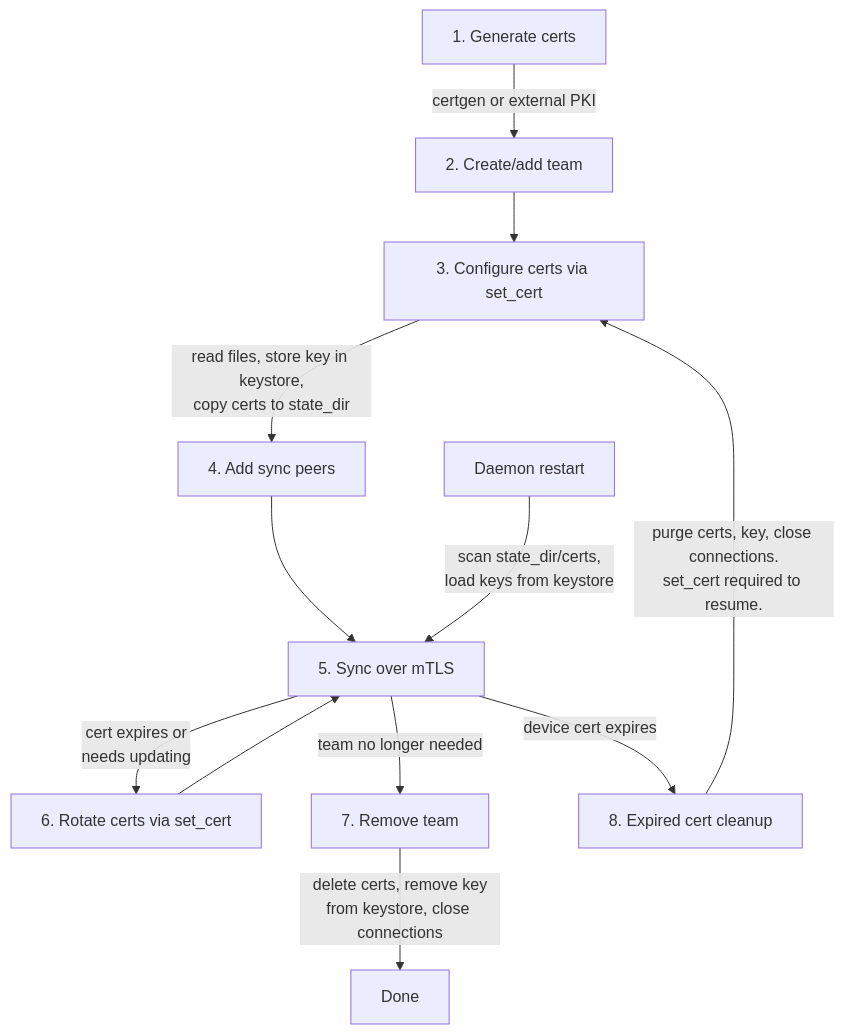
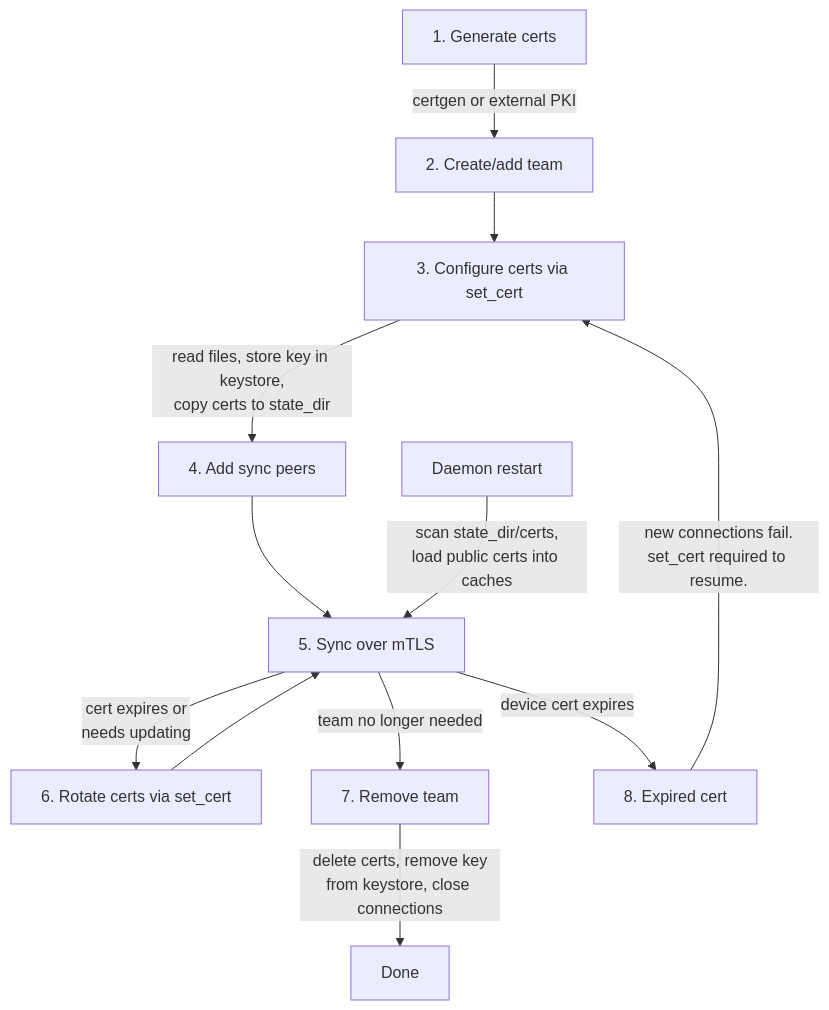
One commit to aranya-project/aranya-docs changed the diagram in docs/mtls.md. Above: the diagram before and after it, drawn with Mermaid. The commit also changed other lines of this file, not shown here.

````diff
--- a/docs/mtls.md
+++ b/docs/mtls.md
@@ -70,16 +70,16 @@
 ```mermaid
 flowchart TD
     A[1. Generate certs] -->|certgen or external PKI| B[2. Create/add team]
     B --> C[3. Configure certs via set_cert]
     C -->|read files, store key in keystore,<br/>copy certs to state_dir| D[4. Add sync peers]
     D --> E[5. Sync over mTLS]
     E -->|cert expires or<br/>needs updating| F[6. Rotate certs via set_cert]
     F --> E
     E -->|team no longer needed| G[7. Remove team]
     G -->|delete certs, remove key<br/>from keystore, close connections| H[Done]
 
-    I[Daemon restart] -->|scan state_dir/certs,<br/>load keys from keystore| E
+    I[Daemon restart] -->|scan state_dir/certs,<br/>load public certs into caches| E
 
-    E -->|device cert expires| J[8. Expired cert cleanup]
-    J -->|purge certs, key, close connections.<br/>set_cert required to resume.| C
+    E -->|device cert expires| J[8. Expired cert]
+    J -->|new connections fail.<br/>set_cert required to resume.| C
 ```
````
